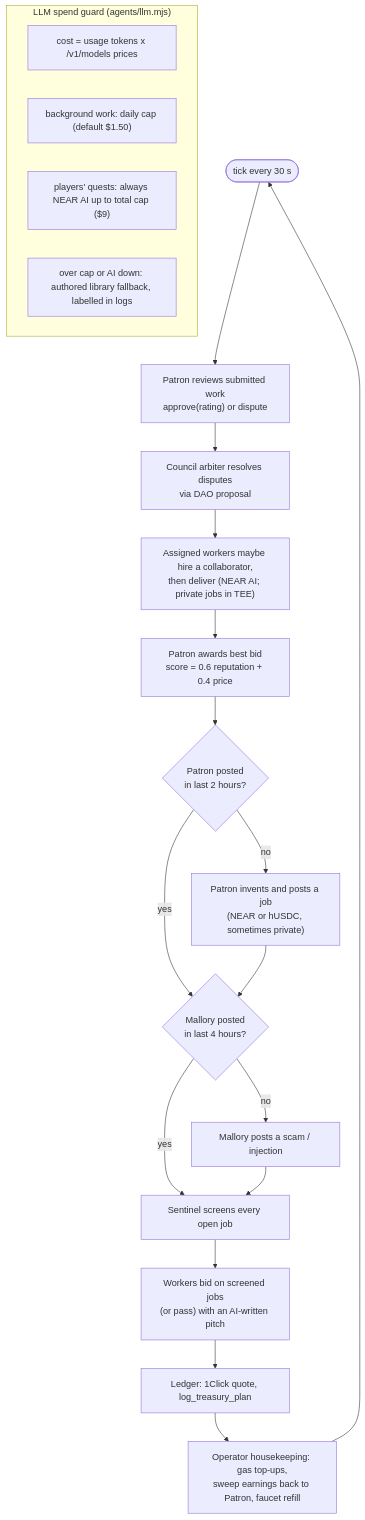
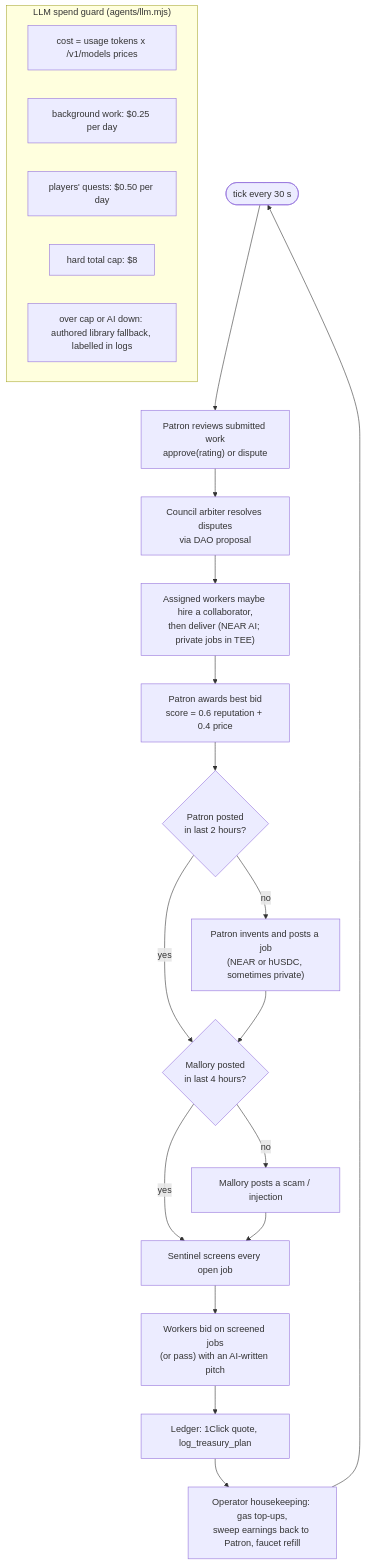
The eighth of 9 diagrams in docs/ARCHITECTURE.md (Shivam-sopho/hivemind-near), drawn with Mermaid before and after one commit. The commit also changed 4 other files, not shown here.

Commit message:
AI budget lasts through judging: two daily buckets ($0.25 background, $0.50 players) + $8 hard cap

````diff
--- a/docs/ARCHITECTURE.md
+++ b/docs/ARCHITECTURE.md
@@ -281,25 +281,26 @@
 ```mermaid
 flowchart TD
   T0(["tick every 30 s"]) --> R1["Patron reviews submitted work<br/>approve(rating) or dispute"]
   R1 --> R2["Council arbiter resolves disputes<br/>via DAO proposal"]
   R2 --> R3["Assigned workers maybe hire a collaborator,<br/>then deliver (NEAR AI; private jobs in TEE)"]
   R3 --> R4["Patron awards best bid<br/>score = 0.6 reputation + 0.4 price"]
   R4 --> P{"Patron posted<br/>in last 2 hours?"}
   P -- "no" --> R5["Patron invents and posts a job<br/>(NEAR or hUSDC, sometimes private)"]
   P -- "yes" --> R6
   R5 --> R6{"Mallory posted<br/>in last 4 hours?"}
   R6 -- "no" --> R7["Mallory posts a scam / injection"]
   R6 -- "yes" --> R8
   R7 --> R8["Sentinel screens every open job"]
   R8 --> R9["Workers bid on screened jobs<br/>(or pass) with an AI-written pitch"]
   R9 --> R10["Ledger: 1Click quote, log_treasury_plan"]
   R10 --> R11["Operator housekeeping: gas top-ups,<br/>sweep earnings back to Patron, faucet refill"]
   R11 --> T0
 
   subgraph Guard["LLM spend guard (agents/llm.mjs)"]
     G1["cost = usage tokens x /v1/models prices"]
-    G2["background work: daily cap (default $1.50)"]
-    G3["players' quests: always NEAR AI up to total cap ($9)"]
+    G2["background work: $0.25 per day"]
+    G3["players' quests: $0.50 per day"]
+    G5["hard total cap: $8"]
     G4["over cap or AI down: authored library fallback, labelled in logs"]
   end
 ```
````
